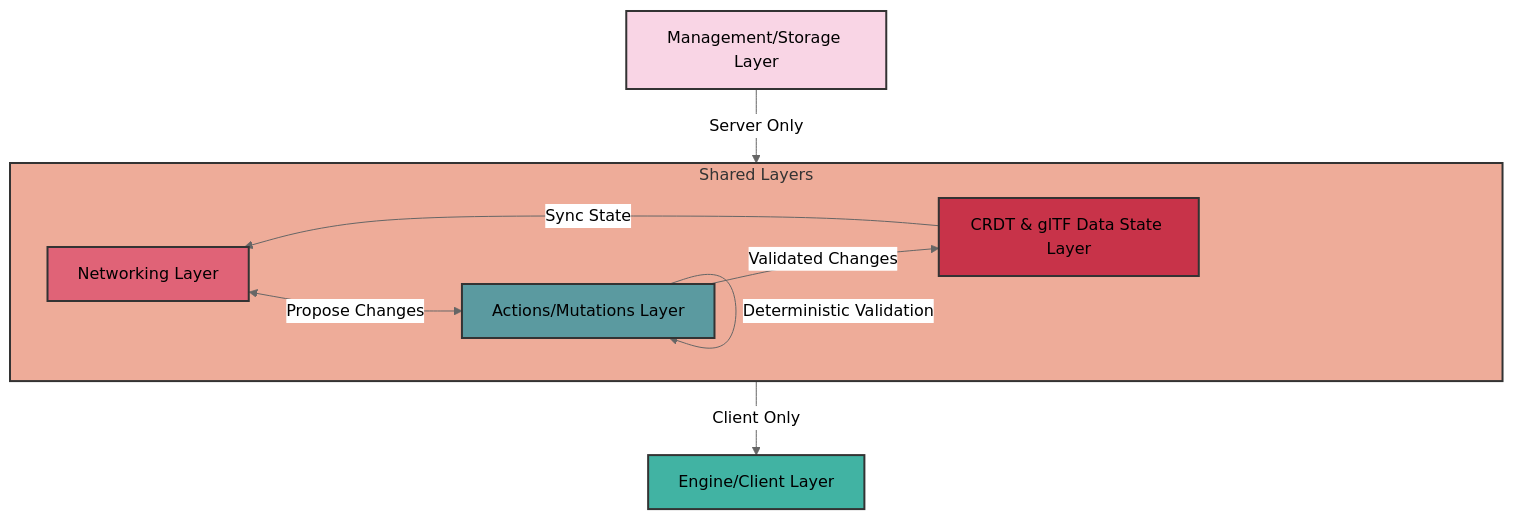
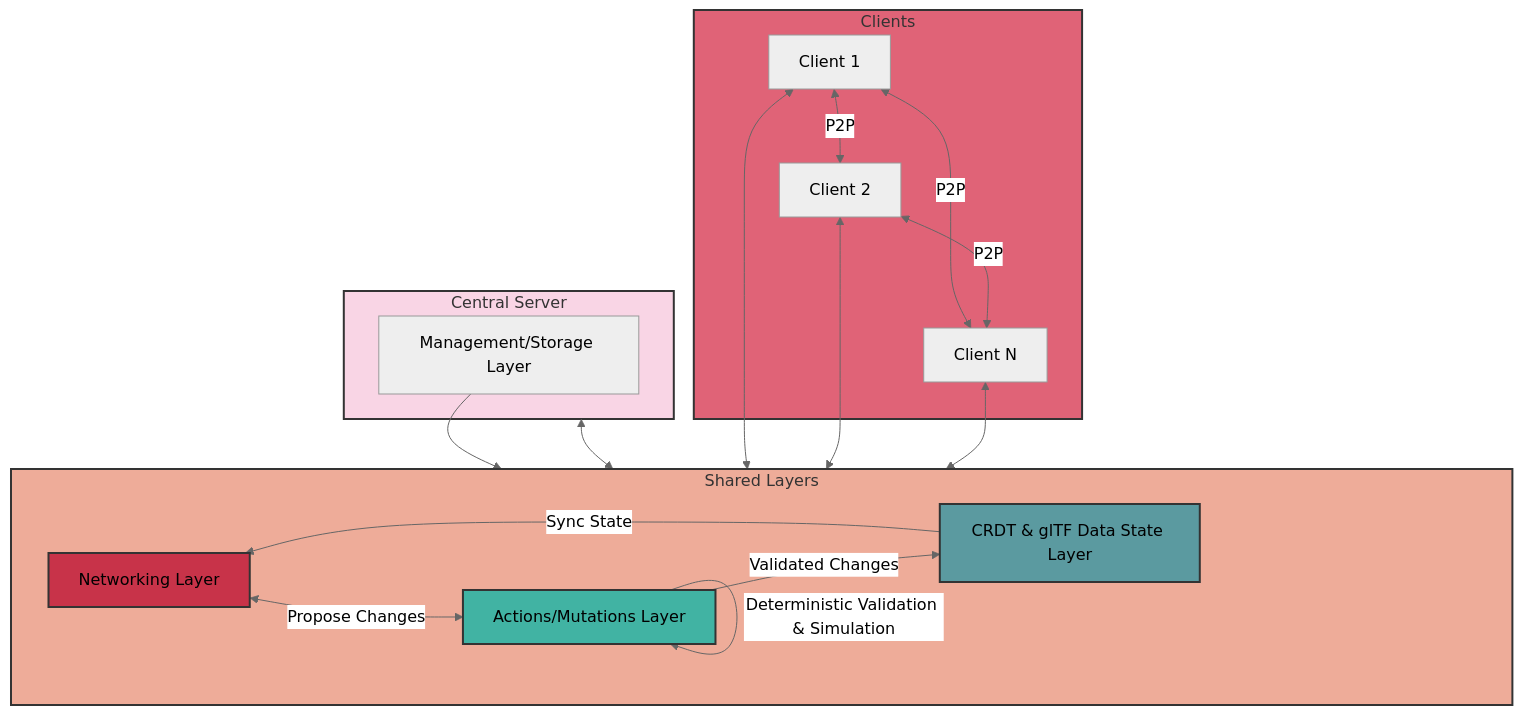
Before and after one commit to vircadia/vircadia-world-sdk-ts: the diagram in README.md, drawn with Mermaid (neutral theme).

Commit message:
Revise arch further.

````diff
--- a/README.md
+++ b/README.md
@@ -46,23 +46,40 @@
 ```mermaid
 graph TD
-    A[Management/Storage Layer] -->|Server Only| B
-    subgraph B [Shared Layers]
-        direction LR
+    subgraph CentralServer [Central Server]
+        A[Management/Storage Layer]
+    end
+
+    subgraph SharedLayers [Shared Layers]
         C[Networking Layer]
         D[CRDT & glTF Data State Layer]
         E[Actions/Mutations Layer]
-        C <--> |Propose Changes| E
-        E -->|Validated Changes| D
-        D -->|Sync State| C
     end
-    B -->|Client Only| F[Engine/Client Layer]
 
-    E -->|Deterministic Validation| E
+    subgraph Clients [Clients]
+        Client1[Client 1]
+        Client2[Client 2]
+        ClientN[Client N]
+    end
 
-    style A fill:#f9d5e5,stroke:#333,stroke-width:2px
-    style B fill:#eeac99,stroke:#333,stroke-width:2px
-    style C fill:#e06377,stroke:#333,stroke-width:2px
-    style D fill:#c83349,stroke:#333,stroke-width:2px
-    style E fill:#5b9aa0,stroke:#333,stroke-width:2px
-    style F fill:#41b3a3,stroke:#333,stroke-width:2px
+    A --> SharedLayers
+    CentralServer <--> SharedLayers
+    Client1 <--> SharedLayers
+    Client2 <--> SharedLayers
+    ClientN <--> SharedLayers
+    Client1 <-->|P2P| Client2
+    Client1 <-->|P2P| ClientN
+    Client2 <-->|P2P| ClientN
+
+    C <-->|Propose Changes| E
+    E -->|Validated Changes| D
+    D -->|Sync State| C
+
+    E -->|Deterministic Validation & Simulation| E
+
+    style CentralServer fill:#f9d5e5,stroke:#333,stroke-width:2px
+    style SharedLayers fill:#eeac99,stroke:#333,stroke-width:2px
+    style Clients fill:#e06377,stroke:#333,stroke-width:2px
+    style C fill:#c83349,stroke:#333,stroke-width:2px
+    style D fill:#5b9aa0,stroke:#333,stroke-width:2px
+    style E fill:#41b3a3,stroke:#333,stroke-width:2px
 ```
````
